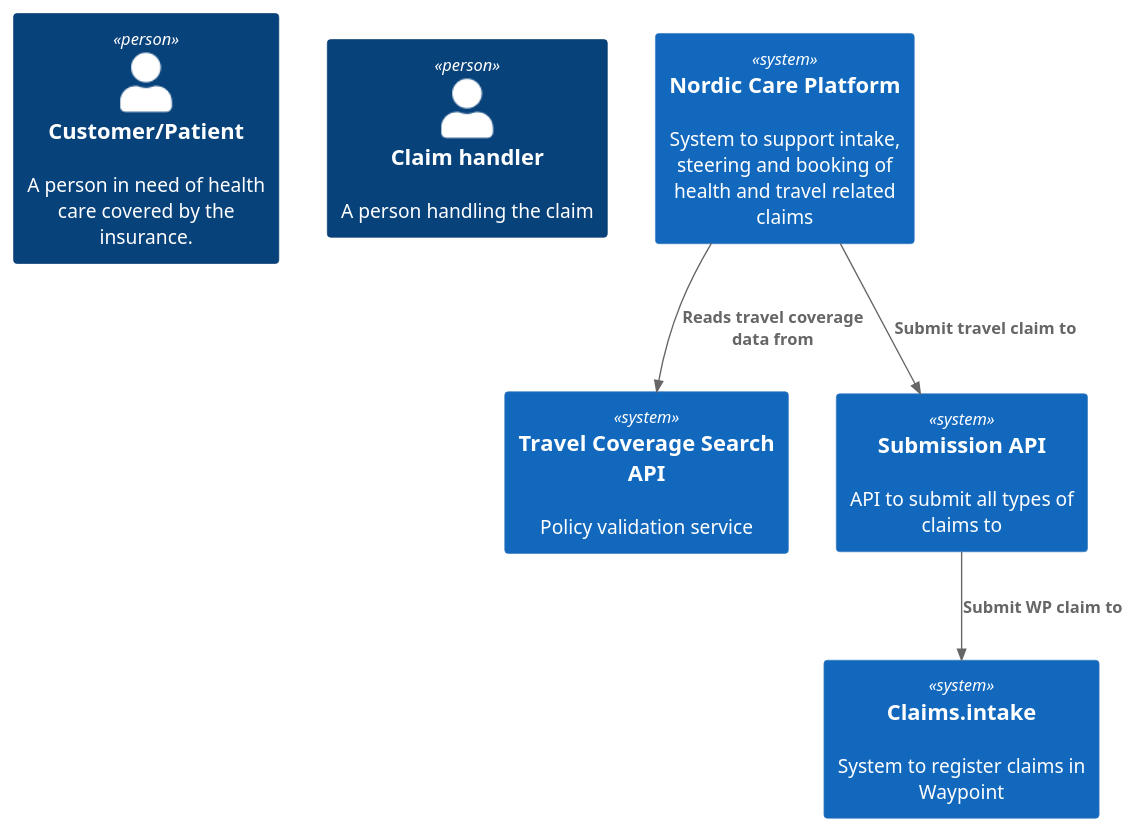
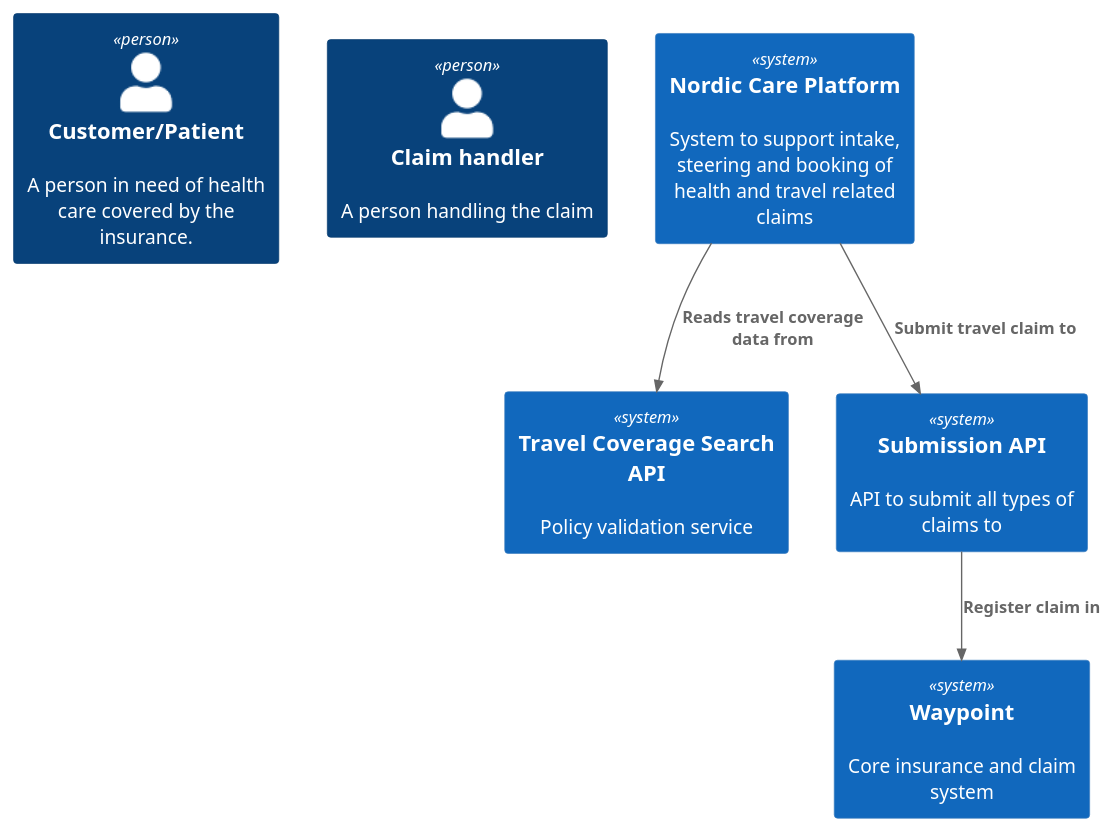
The diagram in C4-context.puml (dereri/plantumldemo), drawn with PlantUML before and after one commit.

```diff
--- a/C4-context.puml
+++ b/C4-context.puml
@@ -1,12 +1,13 @@
 @startuml C4-context
 !include https://raw.githubusercontent.com/plantuml-stdlib/C4-PlantUML/master/C4_Context.puml
 Person(customer, "Customer/Patient", "A person in need of health care covered by the insurance.")
 Person(claimhandler, "Claim handler", "A person handling the claim")
 System(RSA_TRA, "Travel Coverage Search API", "Policy validation service")
 System(NCP,"Nordic Care Platform", "System to support intake, steering and booking of health and travel related claims")
 System(SubAPI, "Submission API", "API to submit all types of claims to")
-System(Claims, "Claims.intake", "System to register claims in Waypoint")
+'System(Claims, "Claims.intake", "System to register claims in Waypoint")
+System(WP, "Waypoint", "Core insurance and claim system")
 Rel(NCP, RSA_TRA, "Reads travel coverage data from")
 Rel(NCP, SubAPI, "Submit travel claim to")
-Rel(SubAPI, Claims, "Submit WP claim to")
+Rel(SubAPI, WP, "Register claim in")
 @enduml
```
